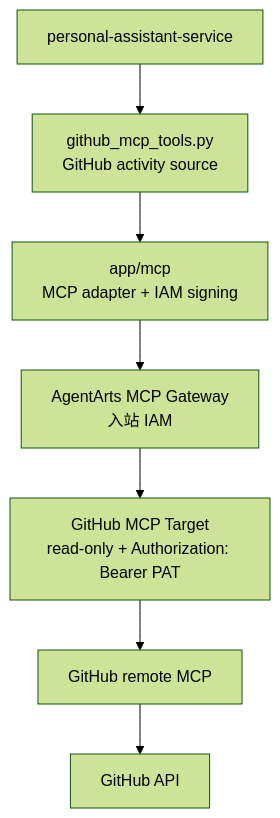
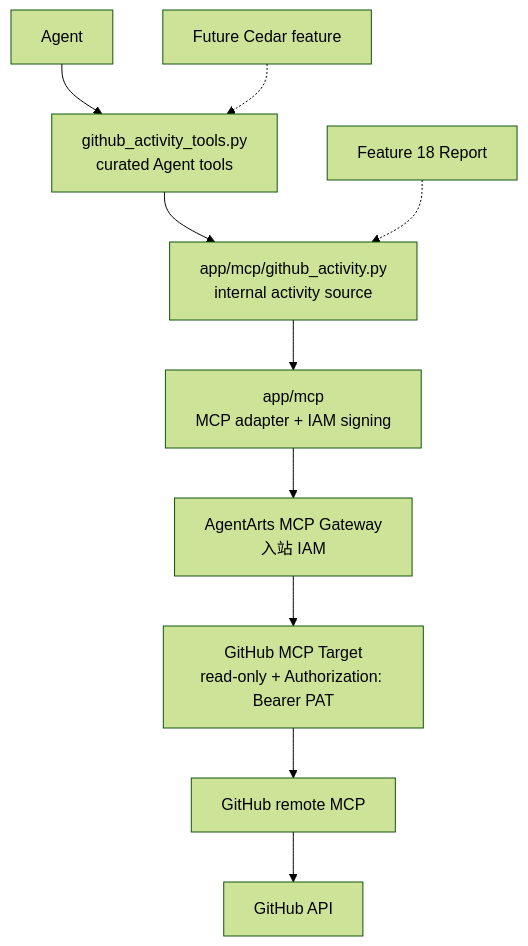
The diagram in personal-assistant-meta/issues/features/backlog/feature-17-github-mcp-data-source/issue.md (T-1009/personal-assistant), drawn with Mermaid (forest theme) before and after one commit. The commit also changed other lines of this file and 3 other files, not shown here.

Commit message:
docs: expose curated GitHub activity tools

````diff
--- a/personal-assistant-meta/issues/features/backlog/feature-17-github-mcp-data-source/issue.md
+++ b/personal-assistant-meta/issues/features/backlog/feature-17-github-mcp-data-source/issue.md
@@ -30,17 +31,22 @@
 ```mermaid
 flowchart TB
-    Service["personal-assistant-service"]
-    Source["github_mcp_tools.py<br/>GitHub activity source"]
+    Agent["Agent"]
+    Tool["github_activity_tools.py<br/>curated Agent tools"]
+    Source["app/mcp/github_activity.py<br/>internal activity source"]
     Adapter["app/mcp<br/>MCP adapter + IAM signing"]
     Gateway["AgentArts MCP Gateway<br/>入站 IAM"]
     Target["GitHub MCP Target<br/>read-only + Authorization: Bearer PAT"]
     GitHubMCP["GitHub remote MCP"]
     GitHubAPI["GitHub API"]
 
-    Service --> Source
+    Agent --> Tool
+    Tool --> Source
     Source --> Adapter
     Adapter --> Gateway
     Gateway --> Target
     Target --> GitHubMCP
     GitHubMCP --> GitHubAPI
+
+    Report["Feature 18 Report"] -.-> Source
+    Cedar["Future Cedar feature"] -.-> Tool
 ```
````
